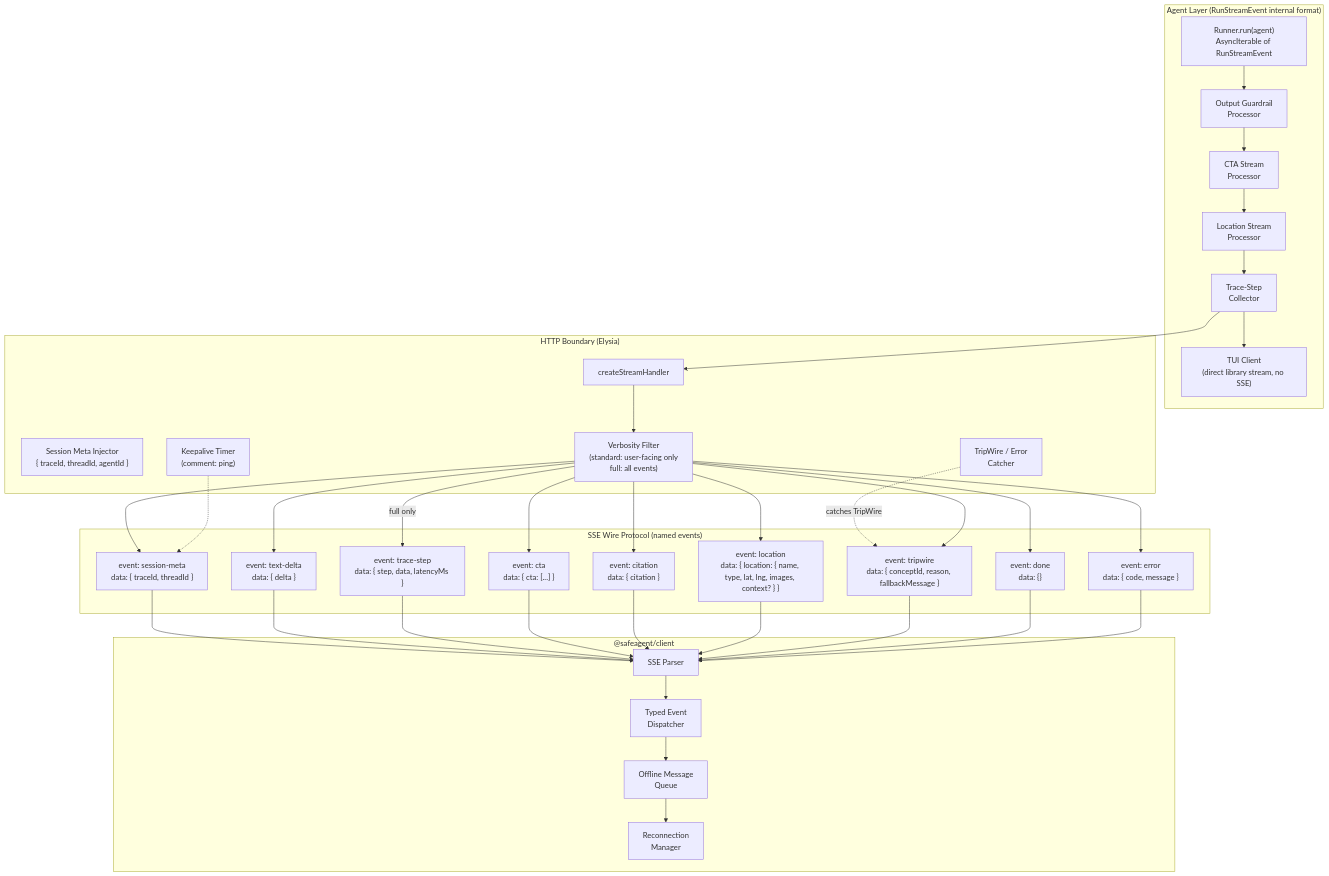
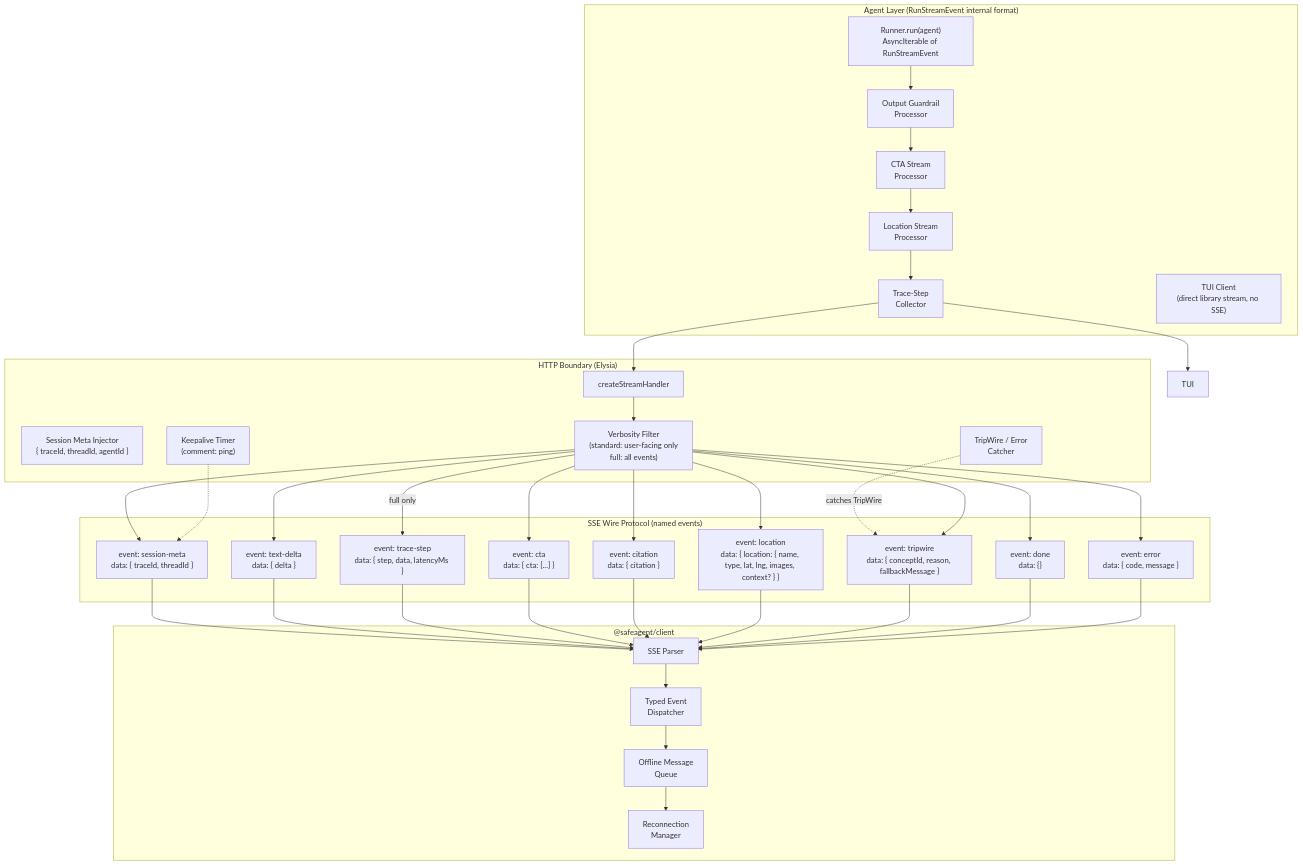
The first of 27 diagrams in plan/11-transport.md (1qh/safeagent), drawn with Mermaid before and after one commit. The commit also changed other lines of this file and 5 other files, not shown here.

Commit message:
expand abbreviated Mermaid node IDs to semantic UPPER_SNAKE names across plan

````diff
--- a/plan/11-transport.md
+++ b/plan/11-transport.md
@@ -29,50 +29,50 @@
 ```mermaid
 graph TB
     subgraph AGENT_LAYER["Agent Layer (RunStreamEvent internal format)"]
         AGENT["Runner.run(agent)\nAsyncIterable of RunStreamEvent"]
         GUARD_PROC["Output Guardrail\nProcessor"]
         CTA_PROC["CTA Stream\nProcessor"]
         LOC_PROC["Location Stream\nProcessor"]
         TRACE_COLLECT["Trace-Step\nCollector"]
-        TUI["TUI Client\n(direct library stream, no SSE)"]
+        TUI_CLIENT["TUI Client\n(direct library stream, no SSE)"]
     end
 
     subgraph HTTP_BOUNDARY["HTTP Boundary (Elysia)"]
         HANDLER["createStreamHandler"]
         META_INJECT["Session Meta Injector\n{ traceId, threadId, agentId }"]
         VERBOSITY_FILTER["Verbosity Filter\n(standard: user-facing only\nfull: all events)"]
         KEEPALIVE["Keepalive Timer\n(comment: ping)"]
         ERR_CATCH["TripWire / Error\nCatcher"]
     end
 
     subgraph SSE_WIRE["SSE Wire Protocol (named events)"]
         EVT_META["event: session-meta\ndata: { traceId, threadId }"]
         EVT_TEXT["event: text-delta\ndata: { delta }"]
         EVT_TRACE["event: trace-step\ndata: { step, data, latencyMs }"]
         EVT_CTA["event: cta\ndata: { cta: [...] }"]
         EVT_CIT["event: citation\ndata: { citation }"]
         EVT_LOC["event: location\ndata: { location: { name, type, lat, lng, images, context? } }"]
         EVT_TRIP["event: tripwire\ndata: { conceptId, reason, fallbackMessage }"]
         EVT_DONE["event: done\ndata: {}"]
         EVT_ERR["event: error\ndata: { code, message }"]
     end
 
     subgraph CLIENT_SDK["@safeagent/client"]
         PARSER["SSE Parser"]
         TYPED["Typed Event\nDispatcher"]
         QUEUE["Offline Message\nQueue"]
         RECONNECT["Reconnection\nManager"]
     end
 
     AGENT --> GUARD_PROC --> CTA_PROC --> LOC_PROC --> TRACE_COLLECT
     TRACE_COLLECT --> TUI
     TRACE_COLLECT --> HANDLER
     HANDLER --> VERBOSITY_FILTER
     ERR_CATCH -.->|"catches TripWire"| EVT_TRIP
     VERBOSITY_FILTER --> EVT_META & EVT_TEXT & EVT_CTA & EVT_CIT & EVT_LOC & EVT_TRIP & EVT_DONE & EVT_ERR
     VERBOSITY_FILTER -->|"full only"| EVT_TRACE
     KEEPALIVE -.-> EVT_META
     EVT_META & EVT_TEXT & EVT_TRACE & EVT_CTA & EVT_CIT & EVT_LOC & EVT_TRIP & EVT_DONE & EVT_ERR --> PARSER
     PARSER --> TYPED --> QUEUE
     QUEUE --> RECONNECT
 ```
````
